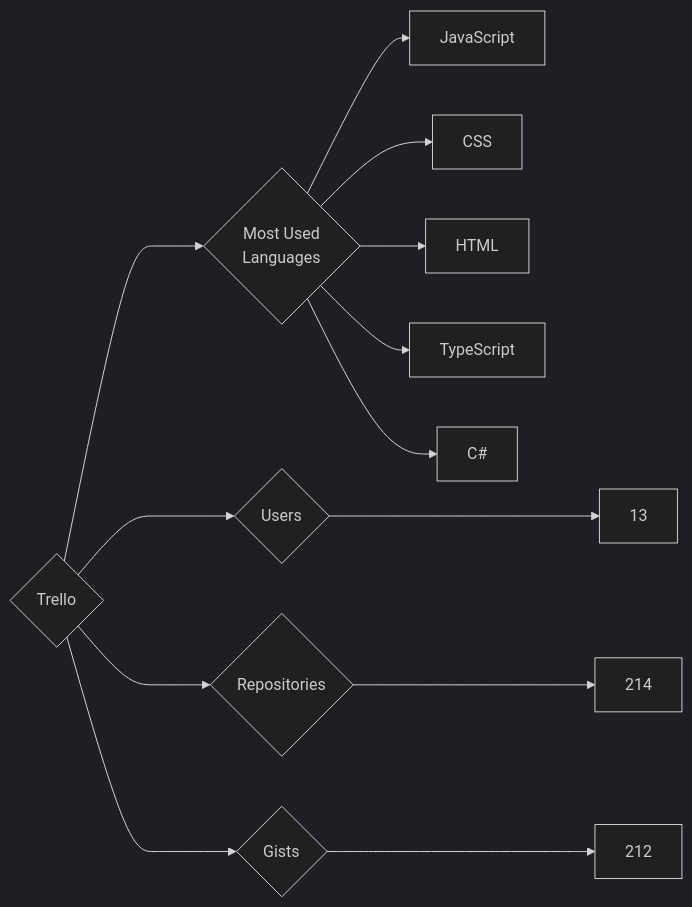
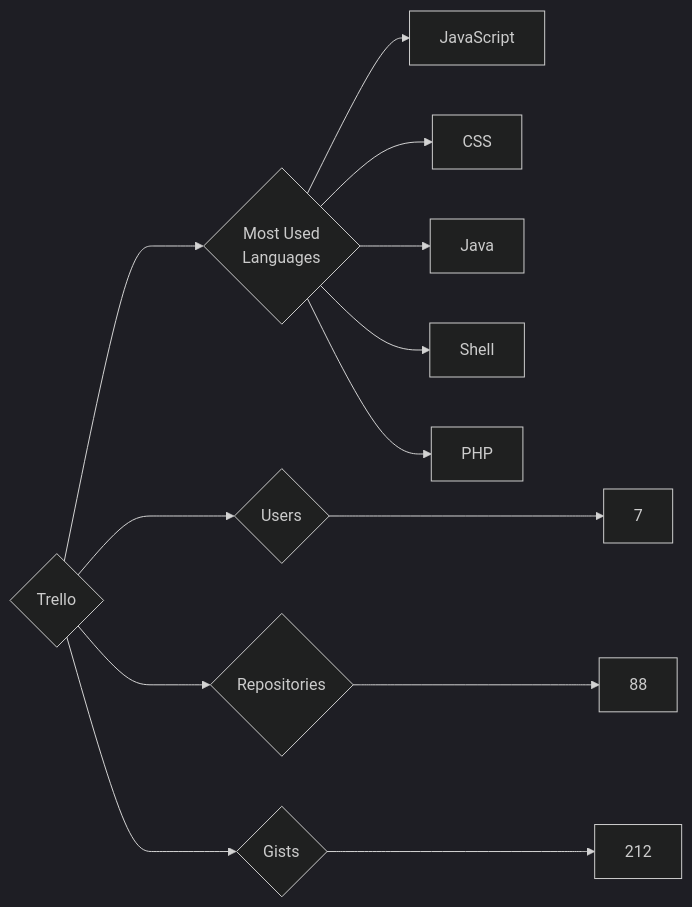
One commit to trickest/insiders changed the diagram in targets/Trello/README.md. Above: the diagram before and after it, drawn with Mermaid (dark theme). The commit also changed 1248 other files, not shown here.

````diff
--- a/targets/Trello/README.md
+++ b/targets/Trello/README.md
@@ -3,13 +3,13 @@
 ```mermaid
 graph LR
 COMPANY_NAME{Trello}
-COMPANY_NAME ---> U{Users} ---> UN[13]
-COMPANY_NAME ---> R{Repositories} ---> RN[214]
+COMPANY_NAME ---> U{Users} ---> UN[7]
+COMPANY_NAME ---> R{Repositories} ---> RN[88]
 COMPANY_NAME ---> G{Gists} ---> GN[212]
 COMPANY_NAME ---> ML{Most Used<br>Languages}
 ML --> JavaScript[JavaScript]
 ML --> CSS[CSS]
-ML --> HTML[HTML]
-ML --> TypeScript[TypeScript]
-ML --> C#[C#]
+ML --> Java[Java]
+ML --> Shell[Shell]
+ML --> PHP[PHP]
 ```
````
